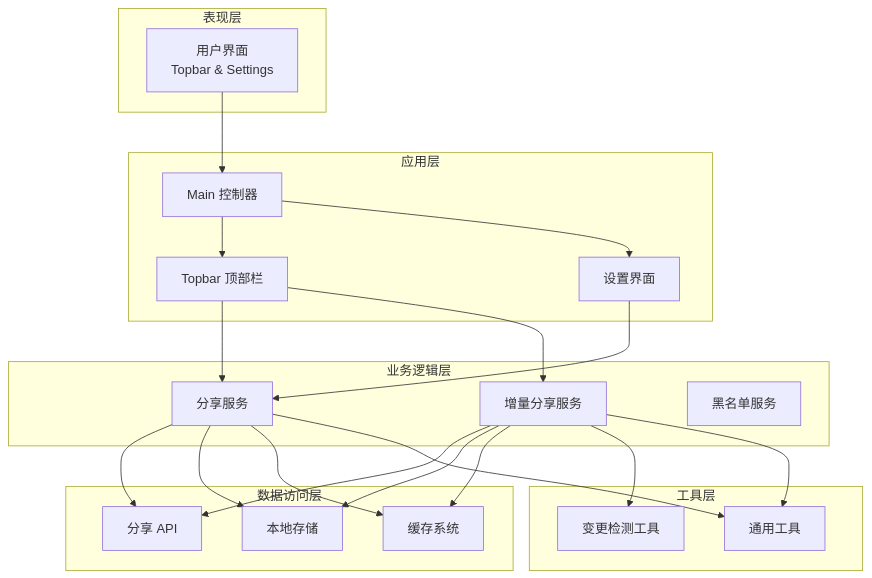
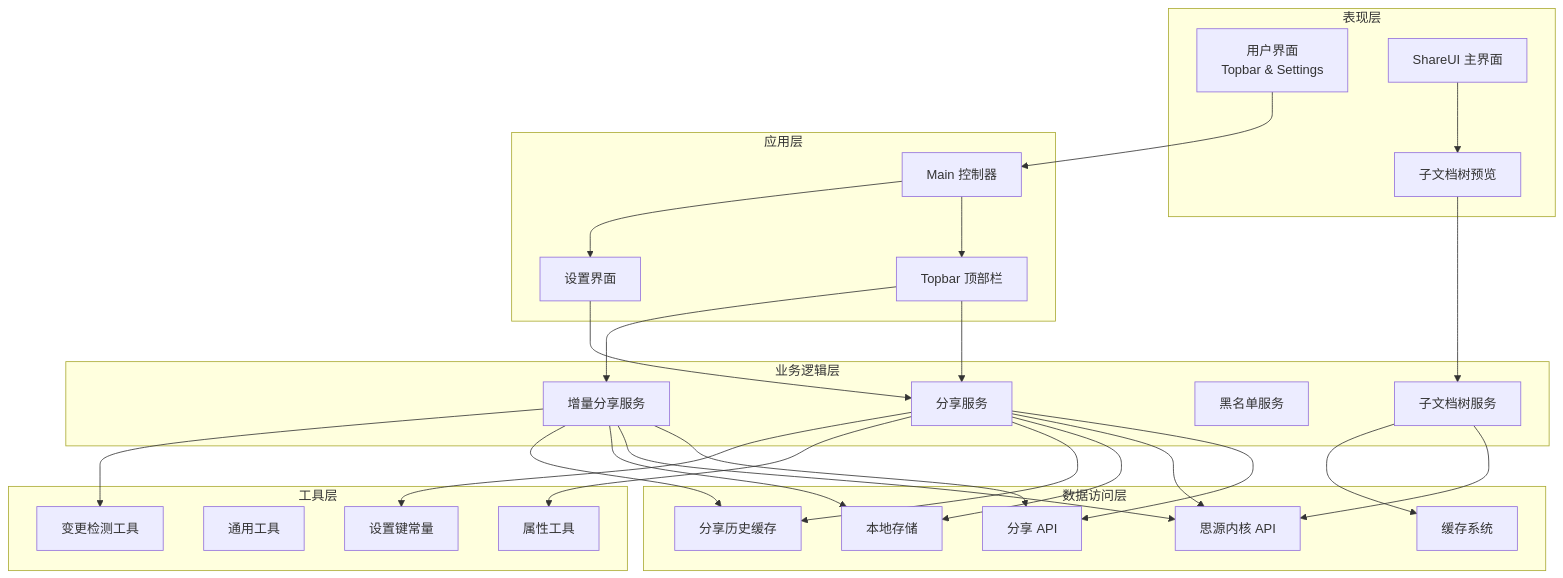
One commit to terwerinc/siyuan-plugin-share-pro changed the second of 8 diagrams in .qoder/repowiki/zh/content/子文档分享规范.md. Above: the diagram before and after it, drawn with Mermaid. The commit also changed other lines of this file and 8 other files, not shown here.

````diff
--- a/.qoder/repowiki/zh/content/子文档分享规范.md
+++ b/.qoder/repowiki/zh/content/子文档分享规范.md
@@ -127,40 +174,53 @@
 ```mermaid
 graph TB
 subgraph "表现层"
 UI[用户界面<br/>Topbar & Settings]
+ShareUI[ShareUI 主界面]
+SubdocPreview[子文档树预览]
 end
 subgraph "应用层"
 Main[Main 控制器]
 Topbar[Topbar 顶部栏]
 Setting[设置界面]
 end
 subgraph "业务逻辑层"
 ShareService[分享服务]
 IncShareService[增量分享服务]
 BlacklistService[黑名单服务]
+SubdocTreeService[子文档树服务]
 end
 subgraph "数据访问层"
 ShareAPI[分享 API]
+KernelAPI[思源内核 API]
 LocalStorage[本地存储]
 Cache[缓存系统]
+HistoryCache[分享历史缓存]
 end
 subgraph "工具层"
 ChangeDetect[变更检测工具]
 Utils[通用工具]
+AttrUtils[属性工具]
+SettingKeys[设置键常量]
 end
 UI --> Main
 Main --> Topbar
 Main --> Setting
+ShareUI --> SubdocPreview
+SubdocPreview --> SubdocTreeService
 Topbar --> ShareService
 Topbar --> IncShareService
 Setting --> ShareService
 ShareService --> ShareAPI
+ShareService --> KernelAPI
 IncShareService --> ShareAPI
+IncShareService --> KernelAPI
 ShareService --> LocalStorage
 IncShareService --> LocalStorage
-ShareService --> Cache
-IncShareService --> Cache
+ShareService --> HistoryCache
+IncShareService --> HistoryCache
+SubdocTreeService --> KernelAPI
+SubdocTreeService --> Cache
+ShareService --> AttrUtils
+ShareService --> SettingKeys
 IncShareService --> ChangeDetect
-ShareService --> Utils
-IncShareService --> Utils
 ```
````
